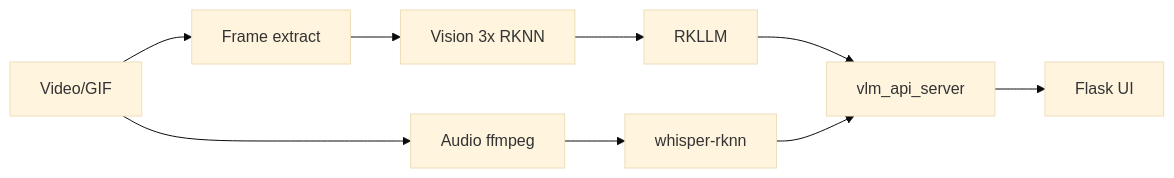
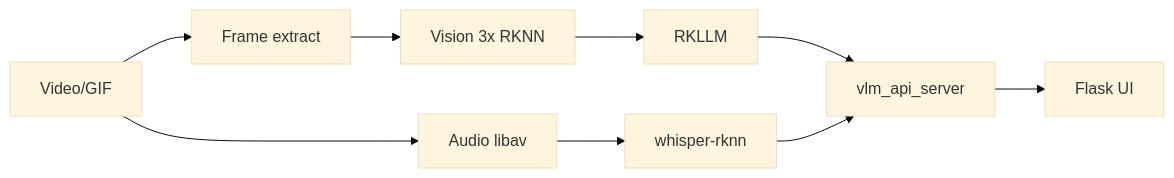
One commit to ShiWarai/video-descriptor-rkllm changed the diagram in README.md. Above: the diagram before and after it, drawn with Mermaid (base theme). The commit also changed other lines of this file and 14 other files, not shown here.

````diff
--- a/README.md
+++ b/README.md
@@ -34,11 +34,11 @@
 ```mermaid
 flowchart LR
   Video[Video/GIF] --> FrameExt[Frame extract]
-  Video --> AudioExt[Audio ffmpeg]
+  Video --> AudioExt[Audio libav]
   FrameExt --> RKNN[Vision 3x RKNN]
   AudioExt --> Whisper[whisper-rknn]
   RKNN --> RKLLM[RKLLM]
   RKLLM --> API[vlm_api_server]
   Whisper --> API
   API --> Web[Flask UI]
 ```
````
